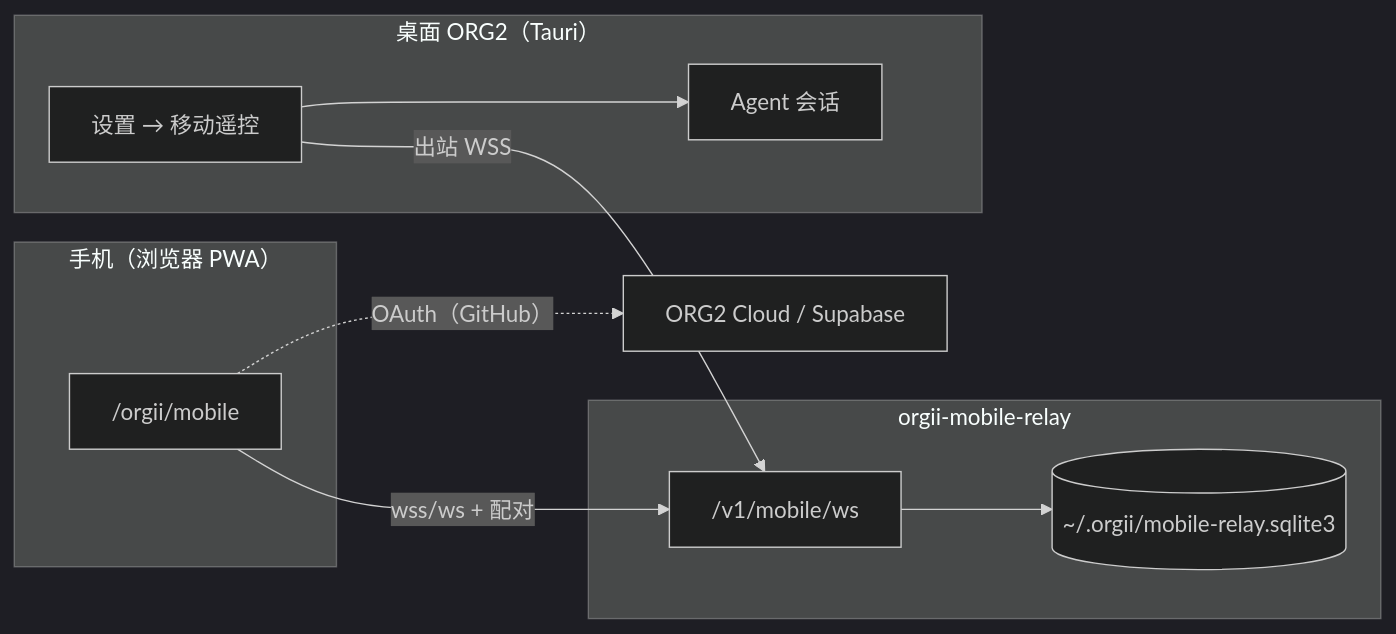
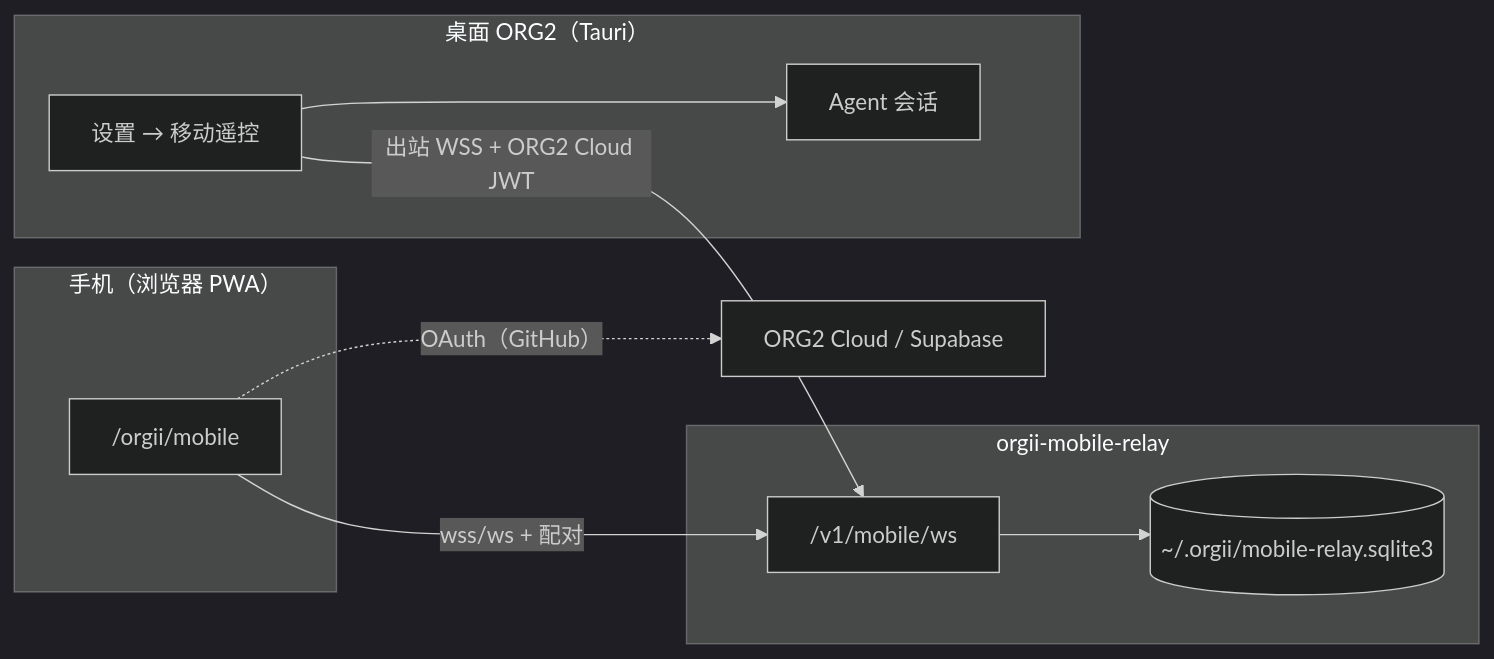
Before and after one commit to YORG-AI/ORGII: the diagram in docs/mobile-remote-dev-prod-guide.md, drawn with Mermaid (dark theme). The commit also changed other lines of this file and 57 other files, not shown here.

First line of the commit message:
feat(mobile-remote): ORG2 cloud relay auth and mobile UX

````diff
--- a/docs/mobile-remote-dev-prod-guide.md
+++ b/docs/mobile-remote-dev-prod-guide.md
@@ -12,22 +12,22 @@
 ```mermaid
 flowchart LR
   subgraph phone["手机（浏览器 PWA）"]
     PWA["/orgii/mobile"]
   end
 
   subgraph relay["orgii-mobile-relay"]
     WS["/v1/mobile/ws"]
     DB[("~/.orgii/mobile-relay.sqlite3")]
   end
 
   subgraph desktop["桌面 ORG2（Tauri）"]
   Settings["设置 → 移动遥控"]
   Agent["Agent 会话"]
   end
 
   PWA -->|"wss/ws + 配对"| WS
-  Settings -->|"出站 WSS"| WS
+  Settings -->|"出站 WSS + ORG2 Cloud JWT"| WS
   WS --> DB
   Settings --> Agent
   PWA -.->|"OAuth（GitHub）"| Cloud["ORG2 Cloud / Supabase"]
 ```
````
